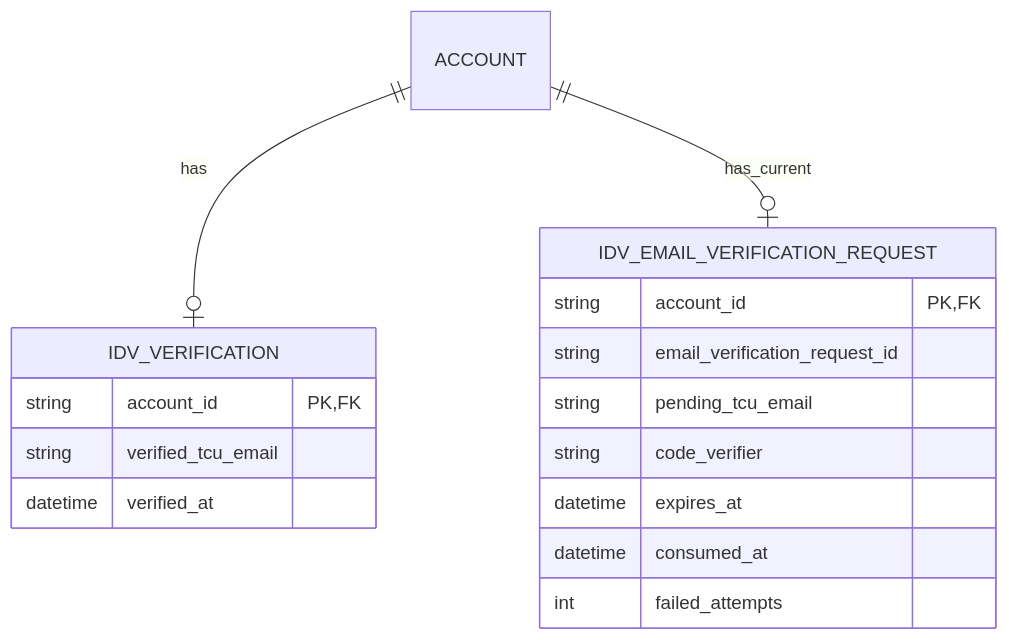
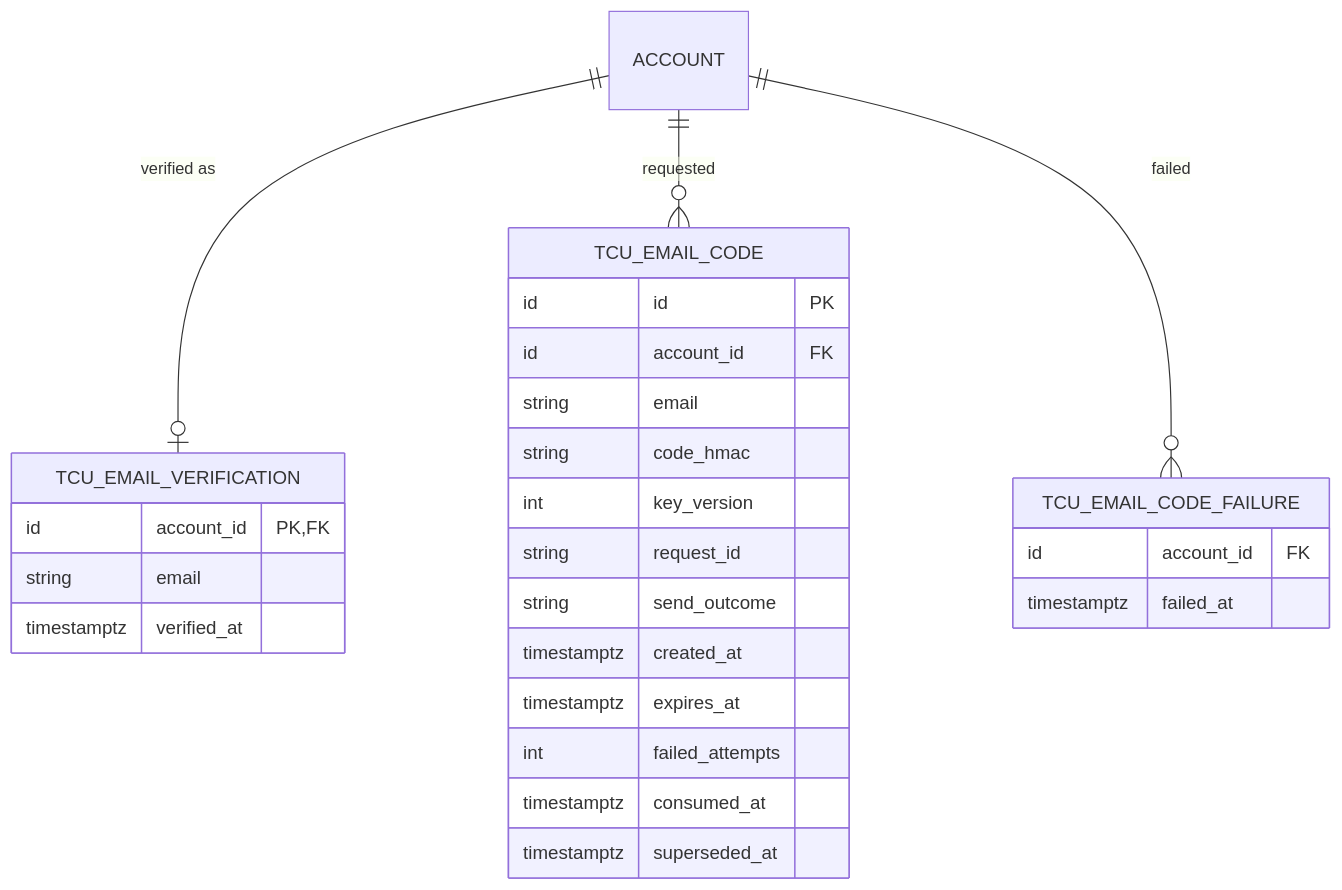
Before and after one commit to evelyntrann/cosc-40943-team-3-refrog: the fourth of 4 diagrams in docs/design/IDV.md, drawn with Mermaid. The commit also changed other lines of this file and 5 other files, not shown here.

````diff
--- a/docs/design/IDV.md
+++ b/docs/design/IDV.md
@@ -436,19 +287,29 @@
 ```mermaid
 erDiagram
-    ACCOUNT ||--o| IDV_VERIFICATION : has
-    ACCOUNT ||--o| IDV_EMAIL_VERIFICATION_REQUEST : has_current
-    IDV_VERIFICATION {
-        string account_id PK,FK
-        string verified_tcu_email
-        datetime verified_at
+    ACCOUNT ||--o| TCU_EMAIL_VERIFICATION : "verified as"
+    ACCOUNT ||--o{ TCU_EMAIL_CODE : "requested"
+    ACCOUNT ||--o{ TCU_EMAIL_CODE_FAILURE : "failed"
+    TCU_EMAIL_VERIFICATION {
+        id account_id PK, FK
+        string email
+        timestamptz verified_at
     }
-    IDV_EMAIL_VERIFICATION_REQUEST {
-        string account_id PK,FK
-        string email_verification_request_id
-        string pending_tcu_email
-        string code_verifier
-        datetime expires_at
-        datetime consumed_at
+    TCU_EMAIL_CODE {
+        id id PK
+        id account_id FK
+        string email
+        string code_hmac
+        int key_version
+        string request_id
+        string send_outcome
+        timestamptz created_at
+        timestamptz expires_at
         int failed_attempts
+        timestamptz consumed_at
+        timestamptz superseded_at
+    }
+    TCU_EMAIL_CODE_FAILURE {
+        id account_id FK
+        timestamptz failed_at
     }
 ```
````
